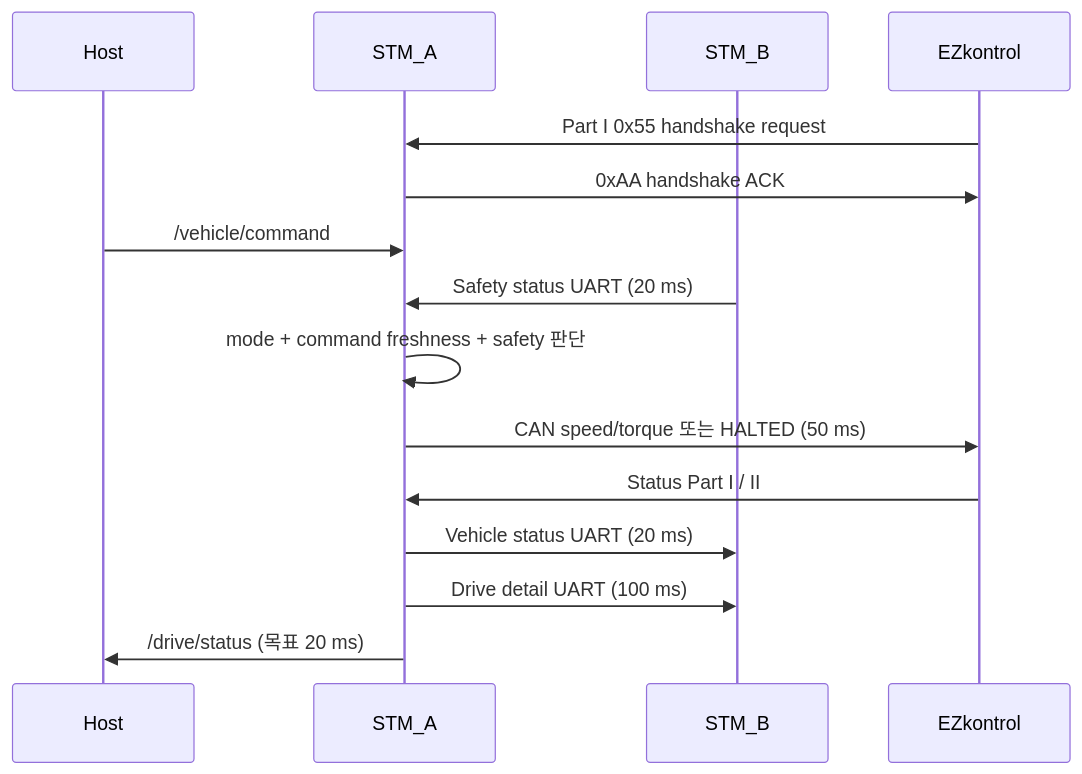
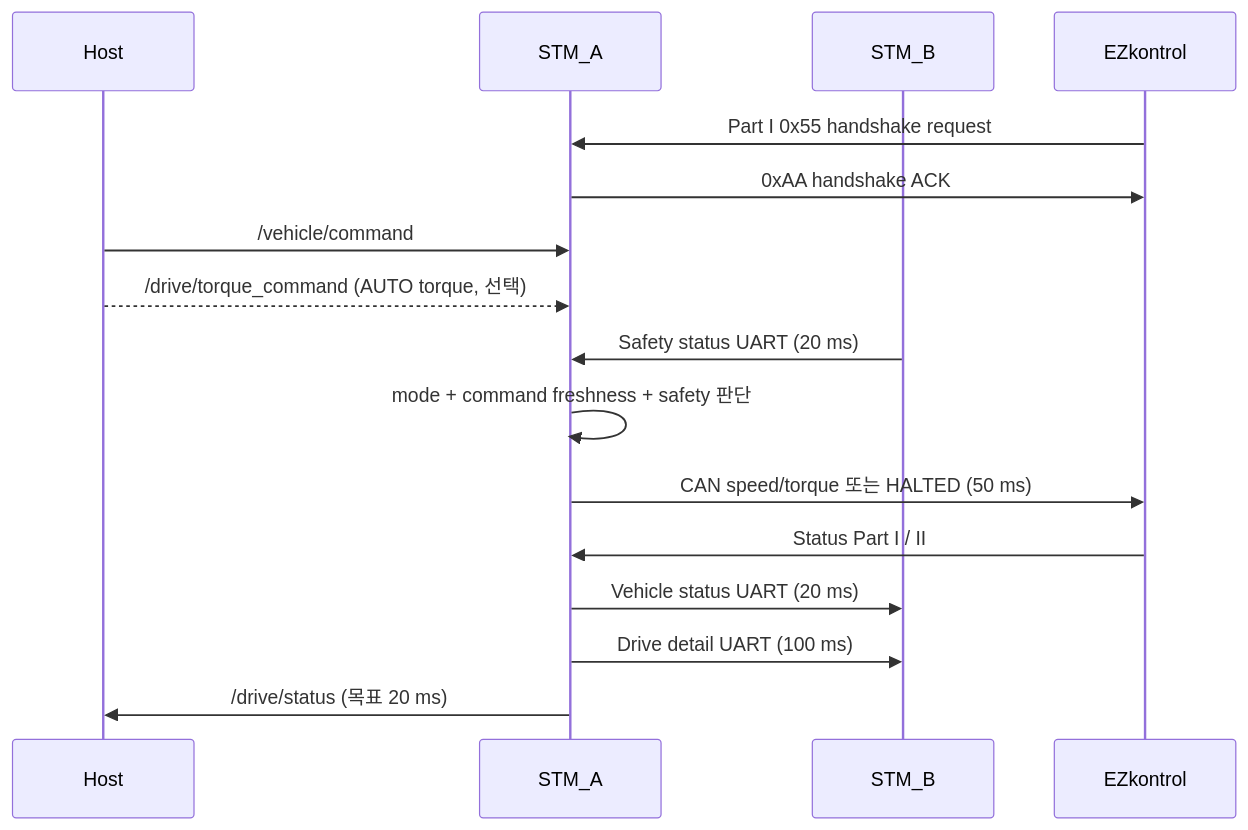
Before and after one commit to shinjuyeop/Control: the diagram in firmware/STM_A/README.md, drawn with Mermaid. The commit also changed other lines of this file and 28 other files, not shown here.

````diff
--- a/firmware/STM_A/README.md
+++ b/firmware/STM_A/README.md
@@ -229,18 +235,19 @@
 ```mermaid
 sequenceDiagram
     participant Host
     participant A as STM_A
     participant B as STM_B
     participant Motor as EZkontrol
 
     Motor->>A: Part I 0x55 handshake request
     A->>Motor: 0xAA handshake ACK
     Host->>A: /vehicle/command
+    Host-->>A: /drive/torque_command (AUTO torque, 선택)
     B->>A: Safety status UART (20 ms)
     A->>A: mode + command freshness + safety 판단
     A->>Motor: CAN speed/torque 또는 HALTED (50 ms)
     Motor->>A: Status Part I / II
     A->>B: Vehicle status UART (20 ms)
     A->>B: Drive detail UART (100 ms)
     A->>Host: /drive/status (목표 20 ms)
 ```
````
